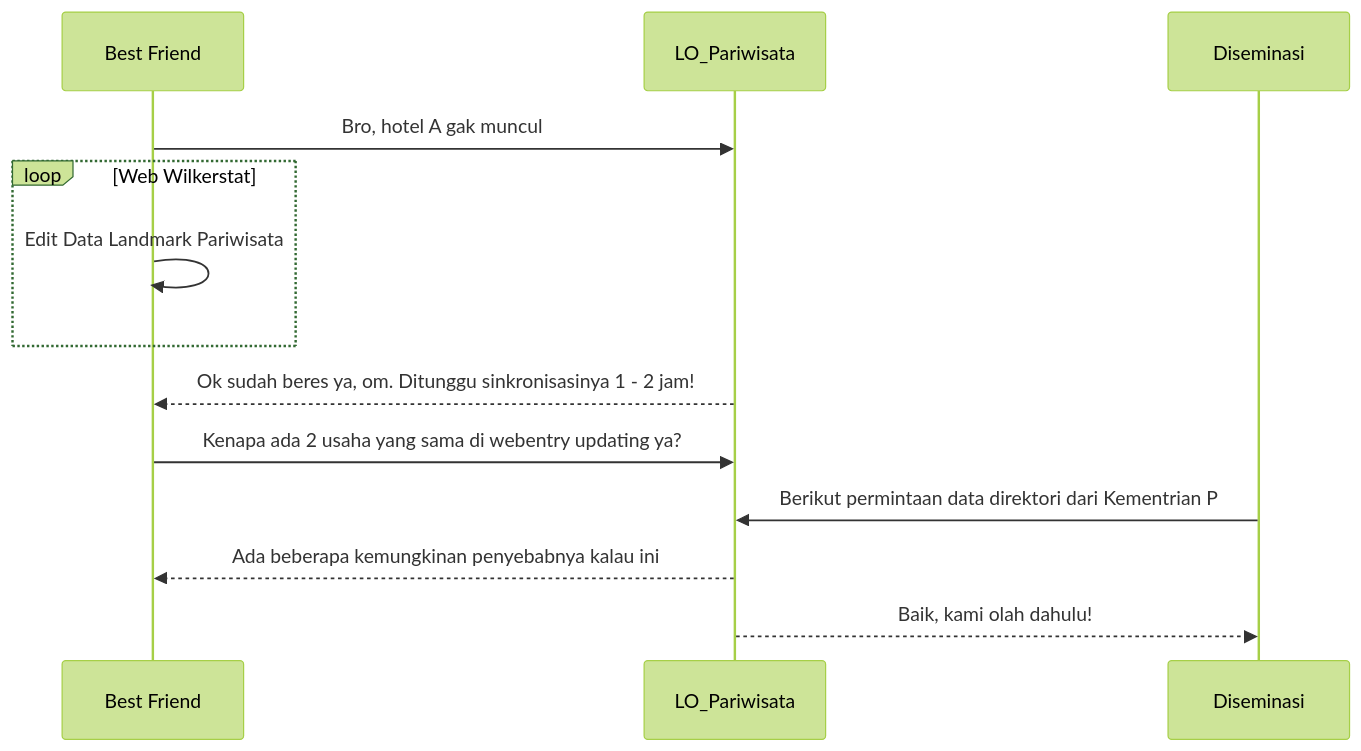
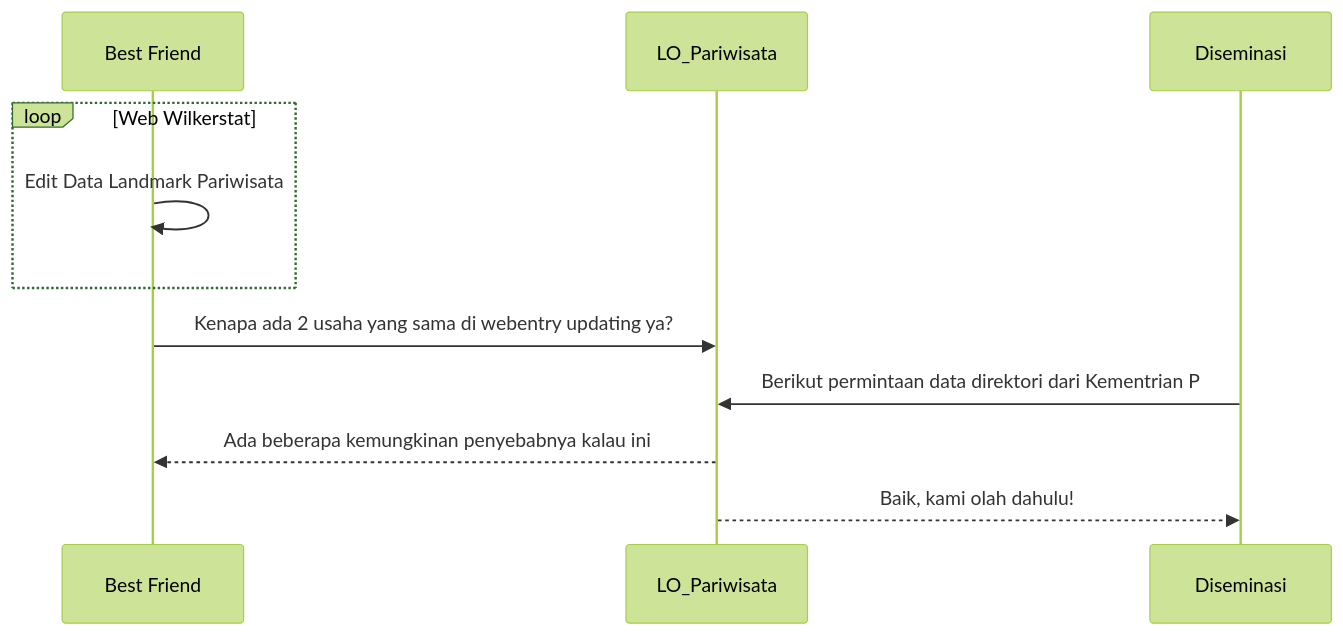
Before and after one commit to iwanff1/laughing-nemesis: the diagram in diagram.md, drawn with Mermaid (forest theme).

````diff
--- a/diagram.md
+++ b/diagram.md
@@ -1,12 +1,10 @@
 ```mermaid
   sequenceDiagram;
-  Best Friend->>LO_Pariwisata: Bro, hotel A gak muncul;
   loop Web Wilkerstat;
       Best Friend->>Best Friend: Edit Data Landmark Pariwisata;
   end;
-  LO_Pariwisata-->>Best Friend: Ok sudah beres ya, om. Ditunggu sinkronisasinya 1 - 2 jam!;
   Best Friend->>LO_Pariwisata: Kenapa ada 2 usaha yang sama di webentry updating ya?;
   Diseminasi->>LO_Pariwisata: Berikut permintaan data direktori dari Kementrian P;
   LO_Pariwisata-->>Best Friend: Ada beberapa kemungkinan penyebabnya kalau ini;
   LO_Pariwisata-->>Diseminasi: Baik, kami olah dahulu!;
 ```
````
